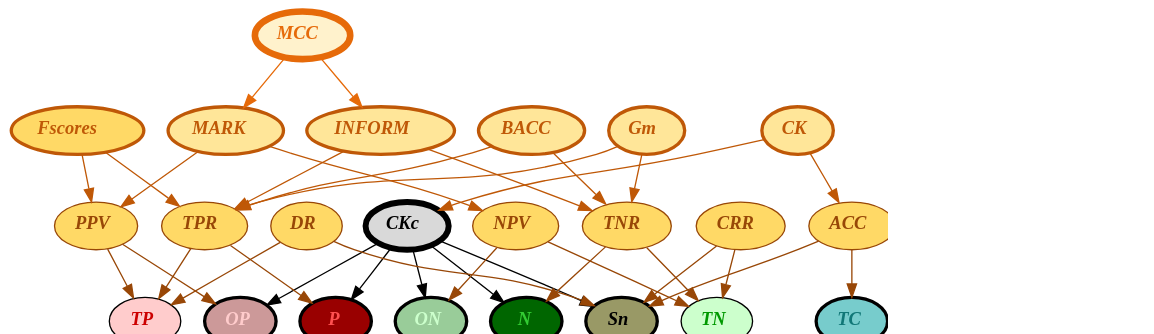
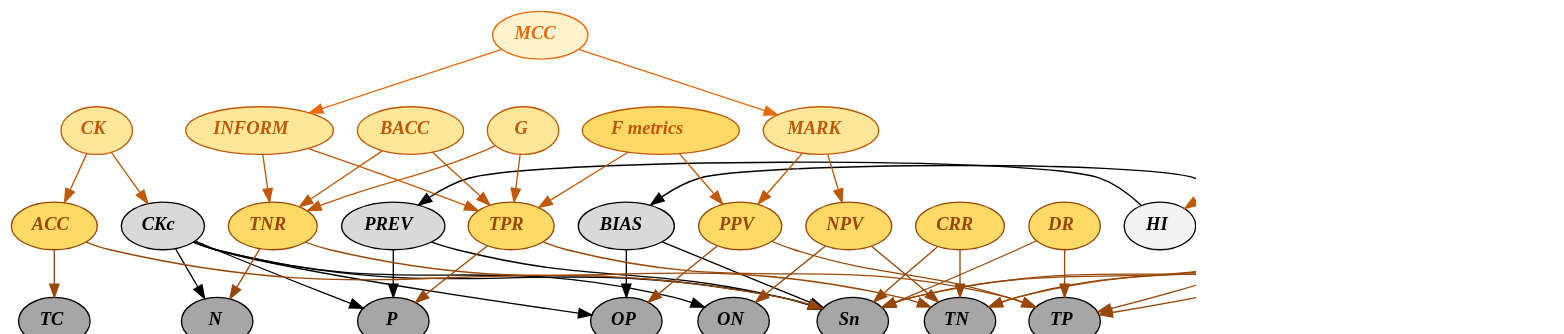
The diagram in PToPI_NonRedundantMetricsOnly.dot (gurol/ptopi), drawn with Graphviz before and after one commit.

Commit message:
Pure format

```diff
--- a/PToPI_NonRedundantMetricsOnly.dot
+++ b/PToPI_NonRedundantMetricsOnly.dot
@@ -1,166 +1,193 @@
-# Binary Classification Performance Metrics/Measures Dependency Graph (Non Redundant Metrics Only)
-# Author: Gurol Canbek, gurol44@gmail.com
+# Binary Classification Performance Metrics/Measures Dependency Graph
+# Author: Gürol Canbek, gurol44@gmail.com
 # Version: 1.3
 # Date: 19 September 2017
 # Copyright (C) 2017 Gürol Canbek, All Rights Reserved
 digraph BinClassRoadMap {
 	size = "320, 240"
 	dpi = 96.0
 	# subgraph cluster_base_measures {
 	# 	TP FP FN TN
 	# 	label="BaseMeasures" 
 	# }
 
 	# Nodes for base measures
-	TP[label=<<b><i>TP</i></b>> style="filled" fillcolor="#ffcccc" fontcolor="#cc0000" penwidth=1.0]
-	FP[label=<<b><i>FP</i></b>> style="filled" fillcolor="#ccffcc" fontcolor="#5e0002" penwidth=1.0]
-	FN[label=<<b><i>FN</i></b>> style="filled" fillcolor="#ffcccc" fontcolor="#005e02" penwidth=1.0]
-	TN[label=<<b><i>TN</i></b>> style="filled" fillcolor="#ccffcc" fontcolor="#009900" penwidth=1.0]
+	TP[label=<<b><i>TP</i></b>> style="filled" fillcolor="#A6A6A6" fontcolor="#000000" penwidth=1.0]
+	FP[label=<<b><i>FP</i></b>> style="filled" fillcolor="#A6A6A6" fontcolor="#000000" penwidth=1.0]
+	FN[label=<<b><i>FN</i></b>> style="filled" fillcolor="#A6A6A6" fontcolor="#000000" penwidth=1.0]
+	TN[label=<<b><i>TN</i></b>> style="filled" fillcolor="#A6A6A6" fontcolor="#000000" penwidth=1.0]
 	# Nodes for 1st level measures
-	P[label=<<b><i>P</i></b>> style="filled" fillcolor="#990000" fontcolor="#ff5050" penwidth=2.5]
-	N[label=<<b><i>N</i></b>> style="filled" fillcolor="#006600" fontcolor="#33cc33" penwidth=2.5]
-	OP[label=<<b><i>OP</i></b>> style="filled" fillcolor="#cc9999" fontcolor="#ffcccc" penwidth=2.5]
-	ON[label=<<b><i>ON</i></b>> style="filled" fillcolor="#99cc99" fontcolor="#ccffcc" penwidth=2.5]
-	TC[label=<<b><i>TC</i></b>> style="filled" fillcolor="#77cccc" fontcolor="#117777" penwidth=2.5]
-	FC[label=<<b><i>FC</i></b>> style="filled" fillcolor="#ffccff" fontcolor="#7030a0" penwidth=2.5]
-	Sn[label=<<b><i>Sn</i></b>> style="filled" fillcolor="#999966" fontcolor="black" penwidth=2.5]
+	P[label=<<b><i>P</i></b>> style="filled" fillcolor="#A6A6A6" fontcolor="#000000" penwidth=1.0]
+	N[label=<<b><i>N</i></b>> style="filled" fillcolor="#A6A6A6" fontcolor="#000000" penwidth=1.0]
+	OP[label=<<b><i>OP</i></b>> style="filled" fillcolor="#A6A6A6" fontcolor="#000000" penwidth=1.0]
+	ON[label=<<b><i>ON</i></b>> style="filled" fillcolor="#A6A6A6" fontcolor="#000000" penwidth=1.0]
+	TC[label=<<b><i>TC</i></b>> style="filled" fillcolor="#A6A6A6" fontcolor="#000000" penwidth=1.0]
+	FC[label=<<b><i>FC</i></b>> style="filled" fillcolor="#A6A6A6" fontcolor="#000000" penwidth=1.0]
+	Sn[label=<<b><i>Sn</i></b>> style="filled" fillcolor="#A6A6A6" fontcolor="black" penwidth=1.0]
 	# Nodes for 2nd level measures
-	# PREV[label=<<b><i>PREV</i></b>> style="filled" fillcolor="#d9d9d9" fontcolor="black" penwidth=4.5]
-	# BIAS[label=<<b><i>BIAS</i></b>> style="filled" fillcolor="#d9d9d9" fontcolor="black" penwidth=4.5]
-	# SKEW[label=<<b><i>SKEW</i></b>> style="filled" fillcolor="#d9d9d9" fontcolor="black" penwidth=4.5]
-	# NIR[label=<<b><i>NIR</i></b>> style="filled" fillcolor="#d9d9d9" fontcolor="black" penwidth=4.5]
-	# NER[label=<<b><i>NER</i></b>> style="filled" fillcolor="#d9d9d9" fontcolor="black" penwidth=4.5]
-	CKc[label=<<b><i>CKc</i></b>> style="filled" fillcolor="#d9d9d9" fontcolor="black" penwidth=4.5]
-	# LRP[label=<<b><i>LRP</i></b>> style="filled" fillcolor="#d9d9d9" fontcolor="black" penwidth=4.5]
-	# LRN[label=<<b><i>LRN</i></b>> style="filled" fillcolor="#d9d9d9" fontcolor="black" penwidth=4.5]
-	# DPR[label=<<b><i>DPR</i></b>> style="filled" fillcolor="#d9d9d9" fontcolor="black" penwidth=4.5]
+	PREV[label=<<b><i>PREV</i></b>> style="filled" fillcolor="#d9d9d9" fontcolor="black" penwidth=1.0]
+	BIAS[label=<<b><i>BIAS</i></b>> style="filled" fillcolor="#d9d9d9" fontcolor="black" penwidth=1.0]
+	# SKEW[label=<<b><i>SKEW</i></b>> style="filled" fillcolor="#d9d9d9" fontcolor="black" penwidth=1.0]
+	# NIR[label=<<b><i>NIR</i></b>> style="filled" fillcolor="#d9d9d9" fontcolor="black" penwidth=1.0]
+	# NER[label=<<b><i>NER</i></b>> style="filled" fillcolor="#d9d9d9" fontcolor="black" penwidth=1.0]
+	CKc[label=<<b><i>CKc</i></b>> style="filled" fillcolor="#d9d9d9" fontcolor="black" penwidth=1.0]
+	# LRP[label=<<b><i>LRP</i></b>> style="filled" fillcolor="#d9d9d9" fontcolor="black" penwidth=1.0]
+	# LRN[label=<<b><i>LRN</i></b>> style="filled" fillcolor="#d9d9d9" fontcolor="black" penwidth=1.0]
+	# DPR[label=<<b><i>DPR</i></b>> style="filled" fillcolor="#d9d9d9" fontcolor="black" penwidth=1.0]
 	# Nodes for 3rd level measures
 	# OR[label=<<b><i>OR</i></b>> style="filled" fillcolor="#f2f2f2" fontcolor="black" penwidth=6.0]
 	# DP[label=<<b><i>DP</i></b>> style="filled" fillcolor="#f2f2f2" fontcolor="black" penwidth=6.0]
+	HI[label=<<b><i>HI</i></b>> style="filled" fillcolor="#f2f2f2" fontcolor="black" penwidth=1.0]
+	HC[label=<<b><i>HC</i></b>> style="filled" fillcolor="#f2f2f2" fontcolor="black" penwidth=1.0]
 
 	# Nodes for base metrics
 	TPR[label=<<b><i>TPR</i></b>> style="filled" color="#984707" fillcolor="#ffd966" fontcolor="#984707" penwidth=1.0]
 	# FNR[label=<<b><i>FNR</i></b>> style="filled" color="#984707" fillcolor="#ffd966" fontcolor="#a6a6a6" penwidth=1.0]
 	TNR[label=<<b><i>TNR</i></b>> style="filled" color="#984707" fillcolor="#ffd966" fontcolor="#984707" penwidth=1.0]
 	# FPR[label=<<b><i>FPR</i></b>> style="filled" color="#984707" fillcolor="#ffd966" fontcolor="#a6a6a6" penwidth=1.0]
 	PPV[label=<<b><i>PPV</i></b>> style="filled" color="#984707" fillcolor="#ffd966" fontcolor="#984707" penwidth=1.0]
 	# FDR[label=<<b><i>FDR</i></b>> style="filled" color="#984707" fillcolor="#ffd966" fontcolor="#a6a6a6" penwidth=1.0]
 	# FOR[label=<<b><i>FOR</i></b>> style="filled" color="#984707" fillcolor="#ffd966" fontcolor="#a6a6a6" penwidth=1.0]
 	NPV[label=<<b><i>NPV</i></b>> style="filled" color="#984707" fillcolor="#ffd966" fontcolor="#984707" penwidth=1.0]
 	ACC[label=<<b><i>ACC</i></b>> style="filled" color="#984707" fillcolor="#ffd966" fontcolor="#984707" penwidth=1.0]
 	# MCR[label=<<b><i>MCR</i></b>> style="filled" color="#984707" fillcolor="#ffd966" fontcolor="#a6a6a6" penwidth=1.0]
 	DR[label=<<b><i>DR</i></b>> style="filled" color="#984707" fillcolor="#ffd966" fontcolor="#984707" penwidth=1.0]
 	CRR[label=<<b><i>CRR</i></b>> style="filled" color="#984707" fillcolor="#ffd966" fontcolor="#984707" penwidth=1.0]
+	HOC[label=<<b><i>HOC</i></b>> style="filled" color="#984707" fillcolor="#ffd966" fontcolor="#984707" penwidth=1.0]
+	MI[label=<<b><i>MI</i></b>> style="filled" color="#984707" fillcolor="#ffd966" fontcolor="#984707" penwidth=1.0]
 	# Nodes for 1st level metrics
-	INFORM[label=<<b><i>INFORM</i></b>> style="filled" color="#bf5807" fillcolor="#ffe699" fontcolor="#bf5807" penwidth=2.5]
-	MARK[label=<<b><i>MARK</i></b>> style="filled" color="#bf5807" fillcolor="#ffe699" fontcolor="#bf5807" penwidth=2.5]
-	BACC[label=<<b><i>BACC</i></b>> style="filled" color="#bf5807" fillcolor="#ffe699" fontcolor="#bf5807" penwidth=2.5]
-	Gm[label=<<b><i>Gm</i></b>> style="filled" color="#bf5807" fillcolor="#ffe699" fontcolor="#bf5807" penwidth=2.5]
-	Fscores[label=<<b><i>Fscores</i></b>> style="filled" color="#bf5807" fillcolor="#ffd966" fontcolor="#bf5807" penwidth=2.5]
-	CK[label=<<b><i>CK</i></b>> style="filled" color="#bf5807" fillcolor="#ffe699" fontcolor="#bf5807" penwidth=2.5]
+	INFORM[label=<<b><i>INFORM</i></b>> style="filled" color="#bf5807" fillcolor="#ffe699" fontcolor="#bf5807" penwidth=1.0]
+	MARK[label=<<b><i>MARK</i></b>> style="filled" color="#bf5807" fillcolor="#ffe699" fontcolor="#bf5807" penwidth=1.0]
+	BACC[label=<<b><i>BACC</i></b>> style="filled" color="#bf5807" fillcolor="#ffe699" fontcolor="#bf5807" penwidth=1.0]
+	G[label=<<b><i>G</i></b>> style="filled" color="#bf5807" fillcolor="#ffe699" fontcolor="#bf5807" penwidth=1.0]
+	F[label=<<b><i>F metrics</i></b>> style="filled" color="#bf5807" fillcolor="#ffd966" fontcolor="#bf5807" penwidth=1.0]
+	CK[label=<<b><i>CK</i></b>> style="filled" color="#bf5807" fillcolor="#ffe699" fontcolor="#bf5807" penwidth=1.0]
+	nMI[label=<<b><i>nMI</i></b>> style="filled" color="#bf5807" fillcolor="#ffe699" fontcolor="#bf5807" penwidth=1.0]
 	# Nodes for 2nd level metric
-	MCC[label=<<b><i>MCC</i></b>> style="filled" color="#e66a09" fillcolor="#fff2cc" fontcolor="#e66a09" penwidth=5.0]
+	MCC[label=<<b><i>MCC</i></b>> style="filled" color="#e66a09" fillcolor="#fff2cc" fontcolor="#e66a09" penwidth=1.0]
 
 	# Edges for measures dependencies
 	# P -> TP
 	# P -> FN
 	# N -> FP
 	# N -> TN
 	# OP -> TP
 	# OP -> FP
 	# ON -> FN
 	# ON -> TN
 	# TC -> TP
 	# TC -> TN
 	# FC -> FP
 	# FC -> FN
 	# Sn -> TP
 	# Sn -> FP
 	# Sn -> TN
 	# Sn -> FN
 	# Sn -> P
 	# Sn -> N
 	# Sn -> OP
 	# Sn -> ON
 	# Sn -> TC
 	# Sn -> FC
-	# PREV -> P [label="12.1"]
-	# PREV -> Sn [label="12.2"]
-	# BIAS -> OP [label="13.1"]
-	# BIAS -> Sn [label="13.2"]
+	PREV -> P
+	PREV -> Sn
+	BIAS -> OP
+	BIAS -> Sn
 	# SKEW -> N [label="14.1"]
 	# SKEW -> P [label="14.2"]
 	# NIR -> P [label="15.1"]
 	# NIR -> N [label="15.2"]
 	# NIR -> Sn [label="15.3"]
 	# NER -> N [label="16.1"]
 	# NER -> Sn [label="16.2"]
 	CKc -> P
 	CKc -> OP
 	CKc -> N
 	CKc -> ON
 	CKc -> Sn
 	# DPR -> TPR [label="18.1"]
 	# Z(1-TNR)
 	# DPR -> FPR [label="18.2"]
 	# LRP -> TPR [label="19.1"]
 	# LRP -> FPR [label="19.2"]
 	# LRN -> FNR [label="20.1"]
 	# LRN -> TNR [label="20.2"]
 	# OR -> LRP [label="21.1"]
 	# OR -> LRN [label="21.2"]
 	# DP -> LRP [label="22.1"]
 	# DP -> LRN [label="22.2"]
 	# DP -> OR [style="dotted"]
+	HI -> PREV
+	HC -> BIAS
 
 	# {rank=same DP OR}
 	
 	# Edges for metrics dependencies
 	TPR -> TP [color="#984707"]
 	TPR -> P [color="#984707"]
 	# FNR -> FN [color="#984707"]
 	# FNR -> P [color="#984707"]
 	TNR -> TN [color="#984707"]
 	TNR -> N [color="#984707"]
 	# FPR -> FP [color="#984707"]
 	# FPR -> N [color="#984707"]
 	PPV -> TP [color="#984707"]
 	PPV -> OP [color="#984707"]
 	# FDR -> FP [color="#984707"]
 	# FDR -> OP [color="#984707"]
 	# FOR -> FN [color="#984707"]
 	# FOR -> ON [color="#984707"]
 	NPV -> TN [color="#984707"]
 	NPV -> ON [color="#984707"]
 	ACC -> TC [color="#984707"]
 	ACC -> Sn [color="#984707"]
 	# MCR -> FC [color="#984707"]
 	# MCR -> Sn [color="#984707"]
 	# MCR -> ACC [
 	DR -> TP [color="#984707"]
 	DR -> Sn [color="#984707"]
 	CRR -> TN [color="#984707"]
 	CRR -> Sn [color="#984707"]
+	
+	HOC -> TP [color="#984707"]
+	HOC -> FP [color="#984707"]
+	HOC -> FN [color="#984707"]
+	HOC -> TN [color="#984707"]
+	HOC -> Sn [color="#984707"]
+
+	MI -> TP [color="#984707"]
+	MI -> FP [color="#984707"]
+	MI -> FN [color="#984707"]
+	MI -> TN [color="#984707"]
+	MI -> Sn [color="#984707"]
+	# MI -> PREV [color="#984707"]
+	# MI -> BIAS [color="#984707"]
+
 	# 1st level metrics
 	INFORM -> TPR [color="#bf5807"]
 	INFORM -> TNR [color="#bf5807"]
 	MARK -> PPV [color="#bf5807"]
 	MARK -> NPV [color="#bf5807"]
 	BACC -> TPR [color="#bf5807"]
 	BACC -> TNR [color="#bf5807"]
-	Gm -> TPR [color="#bf5807"]
-	Gm -> TNR [color="#bf5807"]
-	Fscores -> PPV [color="#bf5807"]
-	Fscores -> TPR [color="#bf5807"]
+	G -> TPR [color="#bf5807"]
+	G -> TNR [color="#bf5807"]
+	F -> PPV [color="#bf5807"]
+	F -> TPR [color="#bf5807"]
 	CK -> ACC [color="#bf5807"]
 	CK -> CKc [color="#bf5807"]
+	nMI -> HI [color="#bf5807"]
+	nMI -> HC [color="#bf5807"]
+	nMI -> HOC [color="#bf5807"]
+	nMI -> MI [color="#bf5807"]
 	# 2nd level metric
 	MCC -> INFORM [color="#e66a09"]
 	MCC -> MARK [color="#e66a09"]
 
 	{rank=same TP FP FN TN}
     {rank=same TC FC}
+	{rank=same HC BIAS HI PREV}
 	# {rank=same P N OP ON TC FC}
 	# {rank=same TPR FPR FNR TNR}
 	# {rank=same PPV FDR FOR NPV}
 }
```
